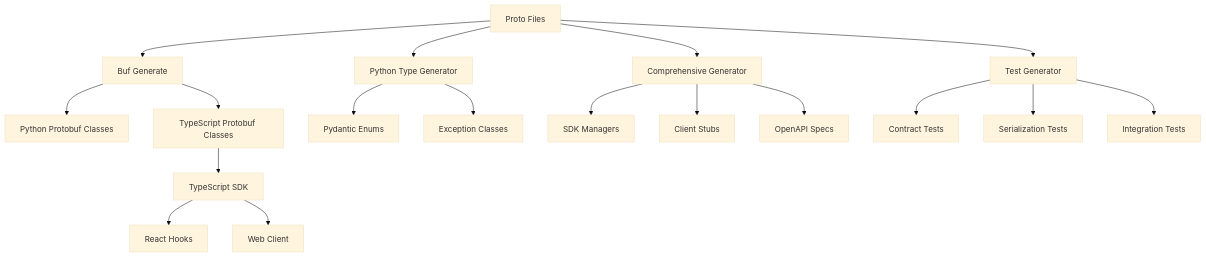
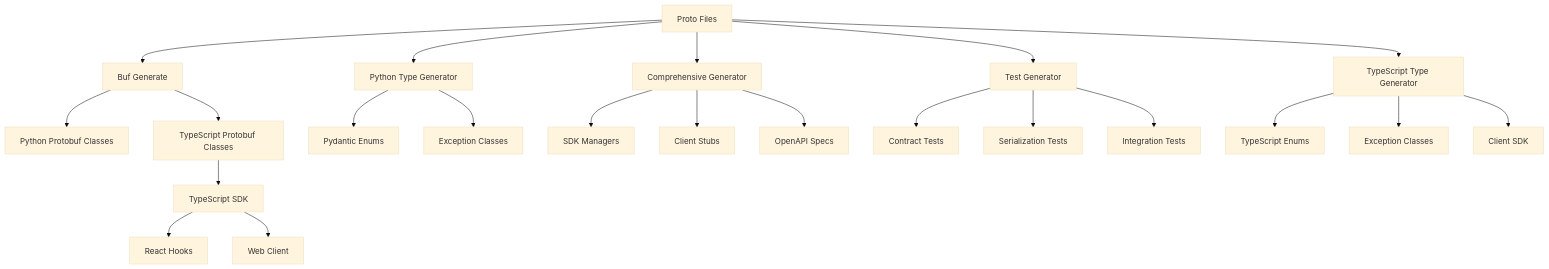
Before and after one commit to prometheus88/pfsdk: the diagram in docs/DEVELOPMENT.md, drawn with Mermaid (base theme). The commit also changed other lines of this file and 3 other files, not shown here.

````diff
--- a/docs/DEVELOPMENT.md
+++ b/docs/DEVELOPMENT.md
@@ -28,20 +29,24 @@
 ```mermaid
 graph TD
     A[Proto Files] --> B[Buf Generate]
     B --> C[Python Protobuf Classes]
     B --> D[TypeScript Protobuf Classes]
     A --> E[Python Type Generator]
     E --> F[Pydantic Enums]
     E --> G[Exception Classes]
     A --> H[Comprehensive Generator]
     H --> I[SDK Managers]
     H --> J[Client Stubs]
     H --> K[OpenAPI Specs]
     A --> L[Test Generator]
     L --> M[Contract Tests]
     L --> N[Serialization Tests]
     L --> O[Integration Tests]
-    D --> P[TypeScript SDK]
-    P --> Q[React Hooks]
-    P --> R[Web Client]
+    A --> P[TypeScript Type Generator]
+    P --> Q[TypeScript Enums]
+    P --> R[Exception Classes]
+    P --> S[Client SDK]
+    D --> T[TypeScript SDK]
+    T --> U[React Hooks]
+    T --> V[Web Client]
 ```
````
